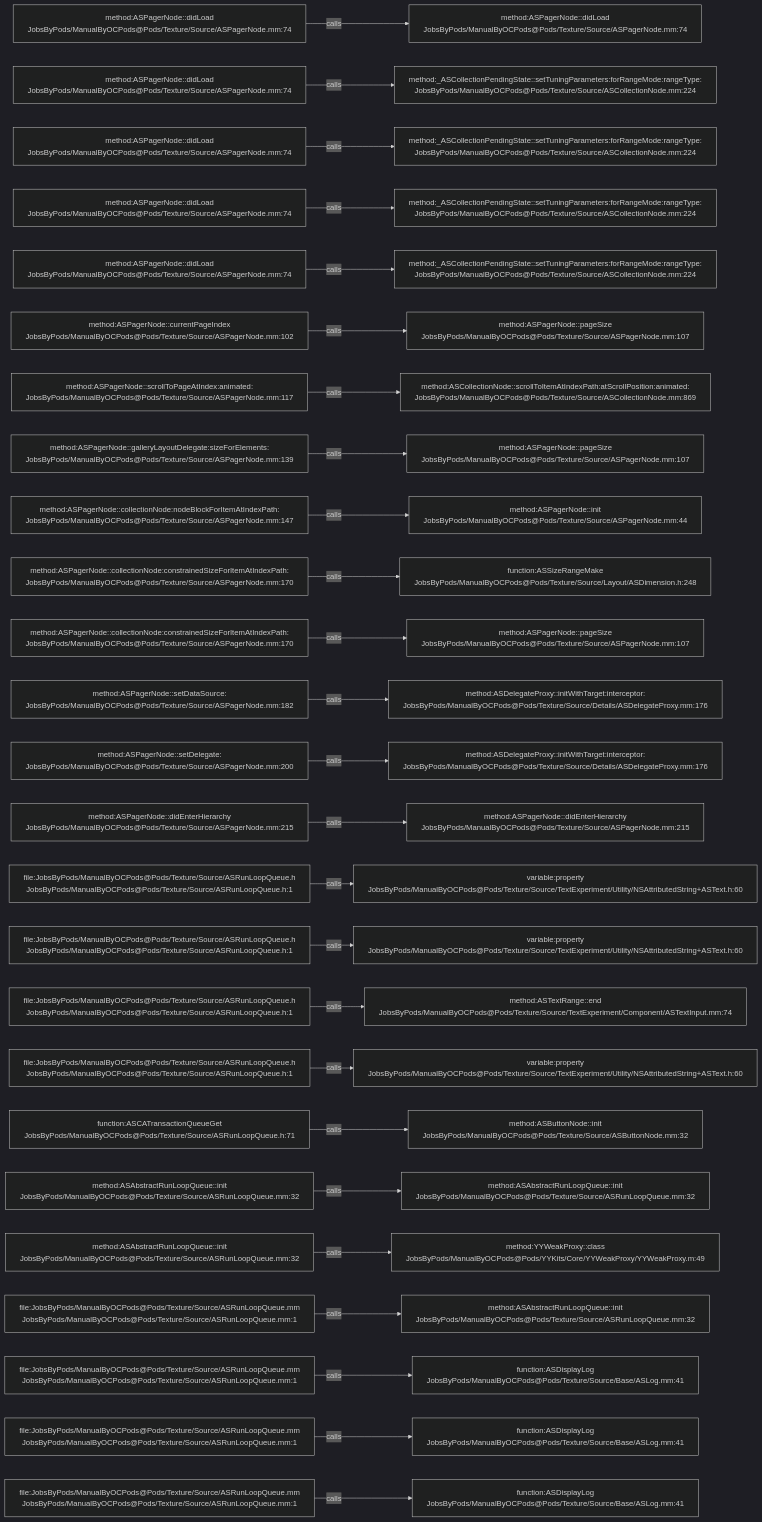
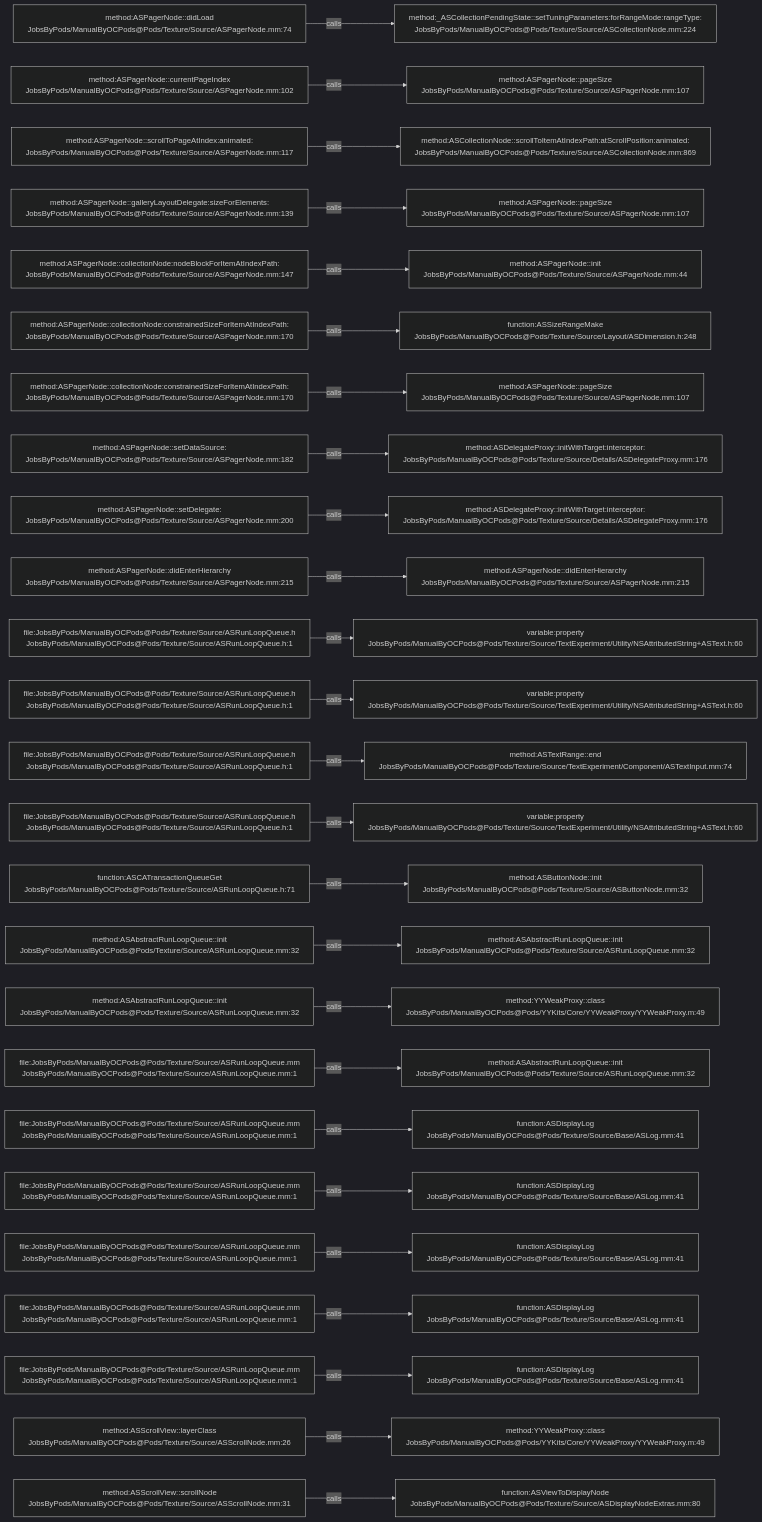
Before and after one commit to JobsKits/JobsOCBaseConfigDemo: the diagram in .codegraph/codegraph.md/graphs/calls-118.md, drawn with Mermaid (dark theme). The commit also changed 727 other files, not shown here.

````diff
--- a/.codegraph/codegraph.md/graphs/calls-118.md
+++ b/.codegraph/codegraph.md/graphs/calls-118.md
@@ -13,78 +13,78 @@
 ```mermaid
 flowchart LR
   S1["method:ASPagerNode::didLoad<br/>JobsByPods/ManualByOCPods@Pods/Texture/Source/ASPagerNode.mm:74"]
-  T1["method:ASPagerNode::didLoad<br/>JobsByPods/ManualByOCPods@Pods/Texture/Source/ASPagerNode.mm:74"]
+  T1["method:_ASCollectionPendingState::setTuningParameters:forRangeMode:rangeType:<br/>JobsByPods/ManualByOCPods@Pods/Texture/Source/ASCollectionNode.mm:224"]
   S1 -->|calls| T1
-  S2["method:ASPagerNode::didLoad<br/>JobsByPods/ManualByOCPods@Pods/Texture/Source/ASPagerNode.mm:74"]
-  T2["method:_ASCollectionPendingState::setTuningParameters:forRangeMode:rangeType:<br/>JobsByPods/ManualByOCPods@Pods/Texture/Source/ASCollectionNode.mm:224"]
+  S2["method:ASPagerNode::currentPageIndex<br/>JobsByPods/ManualByOCPods@Pods/Texture/Source/ASPagerNode.mm:102"]
+  T2["method:ASPagerNode::pageSize<br/>JobsByPods/ManualByOCPods@Pods/Texture/Source/ASPagerNode.mm:107"]
   S2 -->|calls| T2
-  S3["method:ASPagerNode::didLoad<br/>JobsByPods/ManualByOCPods@Pods/Texture/Source/ASPagerNode.mm:74"]
-  T3["method:_ASCollectionPendingState::setTuningParameters:forRangeMode:rangeType:<br/>JobsByPods/ManualByOCPods@Pods/Texture/Source/ASCollectionNode.mm:224"]
+  S3["method:ASPagerNode::scrollToPageAtIndex:animated:<br/>JobsByPods/ManualByOCPods@Pods/Texture/Source/ASPagerNode.mm:117"]
+  T3["method:ASCollectionNode::scrollToItemAtIndexPath:atScrollPosition:animated:<br/>JobsByPods/ManualByOCPods@Pods/Texture/Source/ASCollectionNode.mm:869"]
   S3 -->|calls| T3
-  S4["method:ASPagerNode::didLoad<br/>JobsByPods/ManualByOCPods@Pods/Texture/Source/ASPagerNode.mm:74"]
-  T4["method:_ASCollectionPendingState::setTuningParameters:forRangeMode:rangeType:<br/>JobsByPods/ManualByOCPods@Pods/Texture/Source/ASCollectionNode.mm:224"]
+  S4["method:ASPagerNode::galleryLayoutDelegate:sizeForElements:<br/>JobsByPods/ManualByOCPods@Pods/Texture/Source/ASPagerNode.mm:139"]
+  T4["method:ASPagerNode::pageSize<br/>JobsByPods/ManualByOCPods@Pods/Texture/Source/ASPagerNode.mm:107"]
   S4 -->|calls| T4
-  S5["method:ASPagerNode::didLoad<br/>JobsByPods/ManualByOCPods@Pods/Texture/Source/ASPagerNode.mm:74"]
-  T5["method:_ASCollectionPendingState::setTuningParameters:forRangeMode:rangeType:<br/>JobsByPods/ManualByOCPods@Pods/Texture/Source/ASCollectionNode.mm:224"]
+  S5["method:ASPagerNode::collectionNode:nodeBlockForItemAtIndexPath:<br/>JobsByPods/ManualByOCPods@Pods/Texture/Source/ASPagerNode.mm:147"]
+  T5["method:ASPagerNode::init<br/>JobsByPods/ManualByOCPods@Pods/Texture/Source/ASPagerNode.mm:44"]
   S5 -->|calls| T5
-  S6["method:ASPagerNode::currentPageIndex<br/>JobsByPods/ManualByOCPods@Pods/Texture/Source/ASPagerNode.mm:102"]
-  T6["method:ASPagerNode::pageSize<br/>JobsByPods/ManualByOCPods@Pods/Texture/Source/ASPagerNode.mm:107"]
+  S6["method:ASPagerNode::collectionNode:constrainedSizeForItemAtIndexPath:<br/>JobsByPods/ManualByOCPods@Pods/Texture/Source/ASPagerNode.mm:170"]
+  T6["function:ASSizeRangeMake<br/>JobsByPods/ManualByOCPods@Pods/Texture/Source/Layout/ASDimension.h:248"]
   S6 -->|calls| T6
-  S7["method:ASPagerNode::scrollToPageAtIndex:animated:<br/>JobsByPods/ManualByOCPods@Pods/Texture/Source/ASPagerNode.mm:117"]
-  T7["method:ASCollectionNode::scrollToItemAtIndexPath:atScrollPosition:animated:<br/>JobsByPods/ManualByOCPods@Pods/Texture/Source/ASCollectionNode.mm:869"]
+  S7["method:ASPagerNode::collectionNode:constrainedSizeForItemAtIndexPath:<br/>JobsByPods/ManualByOCPods@Pods/Texture/Source/ASPagerNode.mm:170"]
+  T7["method:ASPagerNode::pageSize<br/>JobsByPods/ManualByOCPods@Pods/Texture/Source/ASPagerNode.mm:107"]
   S7 -->|calls| T7
-  S8["method:ASPagerNode::galleryLayoutDelegate:sizeForElements:<br/>JobsByPods/ManualByOCPods@Pods/Texture/Source/ASPagerNode.mm:139"]
-  T8["method:ASPagerNode::pageSize<br/>JobsByPods/ManualByOCPods@Pods/Texture/Source/ASPagerNode.mm:107"]
+  S8["method:ASPagerNode::setDataSource:<br/>JobsByPods/ManualByOCPods@Pods/Texture/Source/ASPagerNode.mm:182"]
+  T8["method:ASDelegateProxy::initWithTarget:interceptor:<br/>JobsByPods/ManualByOCPods@Pods/Texture/Source/Details/ASDelegateProxy.mm:176"]
   S8 -->|calls| T8
-  S9["method:ASPagerNode::collectionNode:nodeBlockForItemAtIndexPath:<br/>JobsByPods/ManualByOCPods@Pods/Texture/Source/ASPagerNode.mm:147"]
-  T9["method:ASPagerNode::init<br/>JobsByPods/ManualByOCPods@Pods/Texture/Source/ASPagerNode.mm:44"]
+  S9["method:ASPagerNode::setDelegate:<br/>JobsByPods/ManualByOCPods@Pods/Texture/Source/ASPagerNode.mm:200"]
+  T9["method:ASDelegateProxy::initWithTarget:interceptor:<br/>JobsByPods/ManualByOCPods@Pods/Texture/Source/Details/ASDelegateProxy.mm:176"]
   S9 -->|calls| T9
-  S10["method:ASPagerNode::collectionNode:constrainedSizeForItemAtIndexPath:<br/>JobsByPods/ManualByOCPods@Pods/Texture/Source/ASPagerNode.mm:170"]
-  T10["function:ASSizeRangeMake<br/>JobsByPods/ManualByOCPods@Pods/Texture/Source/Layout/ASDimension.h:248"]
+  S10["method:ASPagerNode::didEnterHierarchy<br/>JobsByPods/ManualByOCPods@Pods/Texture/Source/ASPagerNode.mm:215"]
+  T10["method:ASPagerNode::didEnterHierarchy<br/>JobsByPods/ManualByOCPods@Pods/Texture/Source/ASPagerNode.mm:215"]
   S10 -->|calls| T10
-  S11["method:ASPagerNode::collectionNode:constrainedSizeForItemAtIndexPath:<br/>JobsByPods/ManualByOCPods@Pods/Texture/Source/ASPagerNode.mm:170"]
-  T11["method:ASPagerNode::pageSize<br/>JobsByPods/ManualByOCPods@Pods/Texture/Source/ASPagerNode.mm:107"]
+  S11["file:JobsByPods/ManualByOCPods@Pods/Texture/Source/ASRunLoopQueue.h<br/>JobsByPods/ManualByOCPods@Pods/Texture/Source/ASRunLoopQueue.h:1"]
+  T11["variable:property<br/>JobsByPods/ManualByOCPods@Pods/Texture/Source/TextExperiment/Utility/NSAttributedString+ASText.h:60"]
   S11 -->|calls| T11
-  S12["method:ASPagerNode::setDataSource:<br/>JobsByPods/ManualByOCPods@Pods/Texture/Source/ASPagerNode.mm:182"]
-  T12["method:ASDelegateProxy::initWithTarget:interceptor:<br/>JobsByPods/ManualByOCPods@Pods/Texture/Source/Details/ASDelegateProxy.mm:176"]
+  S12["file:JobsByPods/ManualByOCPods@Pods/Texture/Source/ASRunLoopQueue.h<br/>JobsByPods/ManualByOCPods@Pods/Texture/Source/ASRunLoopQueue.h:1"]
+  T12["variable:property<br/>JobsByPods/ManualByOCPods@Pods/Texture/Source/TextExperiment/Utility/NSAttributedString+ASText.h:60"]
   S12 -->|calls| T12
-  S13["method:ASPagerNode::setDelegate:<br/>JobsByPods/ManualByOCPods@Pods/Texture/Source/ASPagerNode.mm:200"]
-  T13["method:ASDelegateProxy::initWithTarget:interceptor:<br/>JobsByPods/ManualByOCPods@Pods/Texture/Source/Details/ASDelegateProxy.mm:176"]
+  S13["file:JobsByPods/ManualByOCPods@Pods/Texture/Source/ASRunLoopQueue.h<br/>JobsByPods/ManualByOCPods@Pods/Texture/Source/ASRunLoopQueue.h:1"]
+  T13["method:ASTextRange::end<br/>JobsByPods/ManualByOCPods@Pods/Texture/Source/TextExperiment/Component/ASTextInput.mm:74"]
   S13 -->|calls| T13
-  S14["method:ASPagerNode::didEnterHierarchy<br/>JobsByPods/ManualByOCPods@Pods/Texture/Source/ASPagerNode.mm:215"]
-  T14["method:ASPagerNode::didEnterHierarchy<br/>JobsByPods/ManualByOCPods@Pods/Texture/Source/ASPagerNode.mm:215"]
+  S14["file:JobsByPods/ManualByOCPods@Pods/Texture/Source/ASRunLoopQueue.h<br/>JobsByPods/ManualByOCPods@Pods/Texture/Source/ASRunLoopQueue.h:1"]
+  T14["variable:property<br/>JobsByPods/ManualByOCPods@Pods/Texture/Source/TextExperiment/Utility/NSAttributedString+ASText.h:60"]
   S14 -->|calls| T14
-  S15["file:JobsByPods/ManualByOCPods@Pods/Texture/Source/ASRunLoopQueue.h<br/>JobsByPods/ManualByOCPods@Pods/Texture/Source/ASRunLoopQueue.h:1"]
-  T15["variable:property<br/>JobsByPods/ManualByOCPods@Pods/Texture/Source/TextExperiment/Utility/NSAttributedString+ASText.h:60"]
+  S15["function:ASCATransactionQueueGet<br/>JobsByPods/ManualByOCPods@Pods/Texture/Source/ASRunLoopQueue.h:71"]
+  T15["method:ASButtonNode::init<br/>JobsByPods/ManualByOCPods@Pods/Texture/Source/ASButtonNode.mm:32"]
   S15 -->|calls| T15
-  S16["file:JobsByPods/ManualByOCPods@Pods/Texture/Source/ASRunLoopQueue.h<br/>JobsByPods/ManualByOCPods@Pods/Texture/Source/ASRunLoopQueue.h:1"]
-  T16["variable:property<br/>JobsByPods/ManualByOCPods@Pods/Texture/Source/TextExperiment/Utility/NSAttributedString+ASText.h:60"]
+  S16["method:ASAbstractRunLoopQueue::init<br/>JobsByPods/ManualByOCPods@Pods/Texture/Source/ASRunLoopQueue.mm:32"]
+  T16["method:ASAbstractRunLoopQueue::init<br/>JobsByPods/ManualByOCPods@Pods/Texture/Source/ASRunLoopQueue.mm:32"]
   S16 -->|calls| T16
-  S17["file:JobsByPods/ManualByOCPods@Pods/Texture/Source/ASRunLoopQueue.h<br/>JobsByPods/ManualByOCPods@Pods/Texture/Source/ASRunLoopQueue.h:1"]
-  T17["method:ASTextRange::end<br/>JobsByPods/ManualByOCPods@Pods/Texture/Source/TextExperiment/Component/ASTextInput.mm:74"]
+  S17["method:ASAbstractRunLoopQueue::init<br/>JobsByPods/ManualByOCPods@Pods/Texture/Source/ASRunLoopQueue.mm:32"]
+  T17["method:YYWeakProxy::class<br/>JobsByPods/ManualByOCPods@Pods/YYKits/Core/YYWeakProxy/YYWeakProxy.m:49"]
   S17 -->|calls| T17
-  S18["file:JobsByPods/ManualByOCPods@Pods/Texture/Source/ASRunLoopQueue.h<br/>JobsByPods/ManualByOCPods@Pods/Texture/Source/ASRunLoopQueue.h:1"]
-  T18["variable:property<br/>JobsByPods/ManualByOCPods@Pods/Texture/Source/TextExperiment/Utility/NSAttributedString+ASText.h:60"]
+  S18["file:JobsByPods/ManualByOCPods@Pods/Texture/Source/ASRunLoopQueue.mm<br/>JobsByPods/ManualByOCPods@Pods/Texture/Source/ASRunLoopQueue.mm:1"]
+  T18["method:ASAbstractRunLoopQueue::init<br/>JobsByPods/ManualByOCPods@Pods/Texture/Source/ASRunLoopQueue.mm:32"]
   S18 -->|calls| T18
-  S19["function:ASCATransactionQueueGet<br/>JobsByPods/ManualByOCPods@Pods/Texture/Source/ASRunLoopQueue.h:71"]
-  T19["method:ASButtonNode::init<br/>JobsByPods/ManualByOCPods@Pods/Texture/Source/ASButtonNode.mm:32"]
+  S19["file:JobsByPods/ManualByOCPods@Pods/Texture/Source/ASRunLoopQueue.mm<br/>JobsByPods/ManualByOCPods@Pods/Texture/Source/ASRunLoopQueue.mm:1"]
+  T19["function:ASDisplayLog<br/>JobsByPods/ManualByOCPods@Pods/Texture/Source/Base/ASLog.mm:41"]
   S19 -->|calls| T19
-  S20["method:ASAbstractRunLoopQueue::init<br/>JobsByPods/ManualByOCPods@Pods/Texture/Source/ASRunLoopQueue.mm:32"]
-  T20["method:ASAbstractRunLoopQueue::init<br/>JobsByPods/ManualByOCPods@Pods/Texture/Source/ASRunLoopQueue.mm:32"]
+  S20["file:JobsByPods/ManualByOCPods@Pods/Texture/Source/ASRunLoopQueue.mm<br/>JobsByPods/ManualByOCPods@Pods/Texture/Source/ASRunLoopQueue.mm:1"]
+  T20["function:ASDisplayLog<br/>JobsByPods/ManualByOCPods@Pods/Texture/Source/Base/ASLog.mm:41"]
   S20 -->|calls| T20
-  S21["method:ASAbstractRunLoopQueue::init<br/>JobsByPods/ManualByOCPods@Pods/Texture/Source/ASRunLoopQueue.mm:32"]
-  T21["method:YYWeakProxy::class<br/>JobsByPods/ManualByOCPods@Pods/YYKits/Core/YYWeakProxy/YYWeakProxy.m:49"]
+  S21["file:JobsByPods/ManualByOCPods@Pods/Texture/Source/ASRunLoopQueue.mm<br/>JobsByPods/ManualByOCPods@Pods/Texture/Source/ASRunLoopQueue.mm:1"]
+  T21["function:ASDisplayLog<br/>JobsByPods/ManualByOCPods@Pods/Texture/Source/Base/ASLog.mm:41"]
   S21 -->|calls| T21
   S22["file:JobsByPods/ManualByOCPods@Pods/Texture/Source/ASRunLoopQueue.mm<br/>JobsByPods/ManualByOCPods@Pods/Texture/Source/ASRunLoopQueue.mm:1"]
-  T22["method:ASAbstractRunLoopQueue::init<br/>JobsByPods/ManualByOCPods@Pods/Texture/Source/ASRunLoopQueue.mm:32"]
+  T22["function:ASDisplayLog<br/>JobsByPods/ManualByOCPods@Pods/Texture/Source/Base/ASLog.mm:41"]
   S22 -->|calls| T22
   S23["file:JobsByPods/ManualByOCPods@Pods/Texture/Source/ASRunLoopQueue.mm<br/>JobsByPods/ManualByOCPods@Pods/Texture/Source/ASRunLoopQueue.mm:1"]
   T23["function:ASDisplayLog<br/>JobsByPods/ManualByOCPods@Pods/Texture/Source/Base/ASLog.mm:41"]
   S23 -->|calls| T23
-  S24["file:JobsByPods/ManualByOCPods@Pods/Texture/Source/ASRunLoopQueue.mm<br/>JobsByPods/ManualByOCPods@Pods/Texture/Source/ASRunLoopQueue.mm:1"]
-  T24["function:ASDisplayLog<br/>JobsByPods/ManualByOCPods@Pods/Texture/Source/Base/ASLog.mm:41"]
+  S24["method:ASScrollView::layerClass<br/>JobsByPods/ManualByOCPods@Pods/Texture/Source/ASScrollNode.mm:26"]
+  T24["method:YYWeakProxy::class<br/>JobsByPods/ManualByOCPods@Pods/YYKits/Core/YYWeakProxy/YYWeakProxy.m:49"]
   S24 -->|calls| T24
-  S25["file:JobsByPods/ManualByOCPods@Pods/Texture/Source/ASRunLoopQueue.mm<br/>JobsByPods/ManualByOCPods@Pods/Texture/Source/ASRunLoopQueue.mm:1"]
-  T25["function:ASDisplayLog<br/>JobsByPods/ManualByOCPods@Pods/Texture/Source/Base/ASLog.mm:41"]
+  S25["method:ASScrollView::scrollNode<br/>JobsByPods/ManualByOCPods@Pods/Texture/Source/ASScrollNode.mm:31"]
+  T25["function:ASViewToDisplayNode<br/>JobsByPods/ManualByOCPods@Pods/Texture/Source/ASDisplayNodeExtras.mm:80"]
   S25 -->|calls| T25
 ```
````
